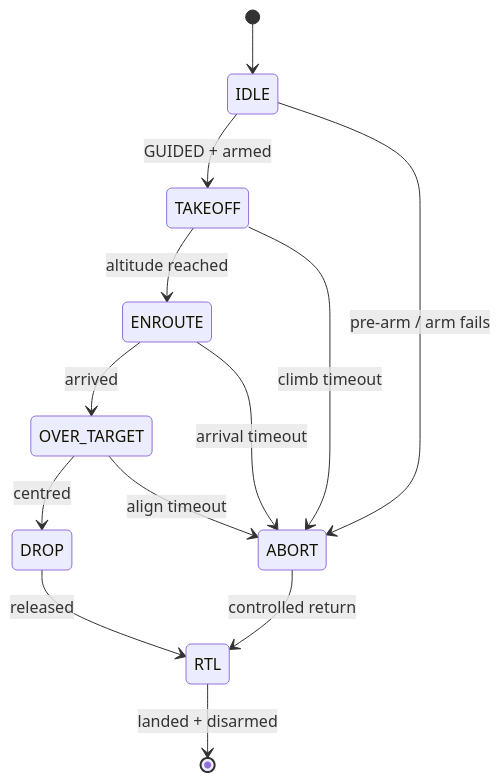
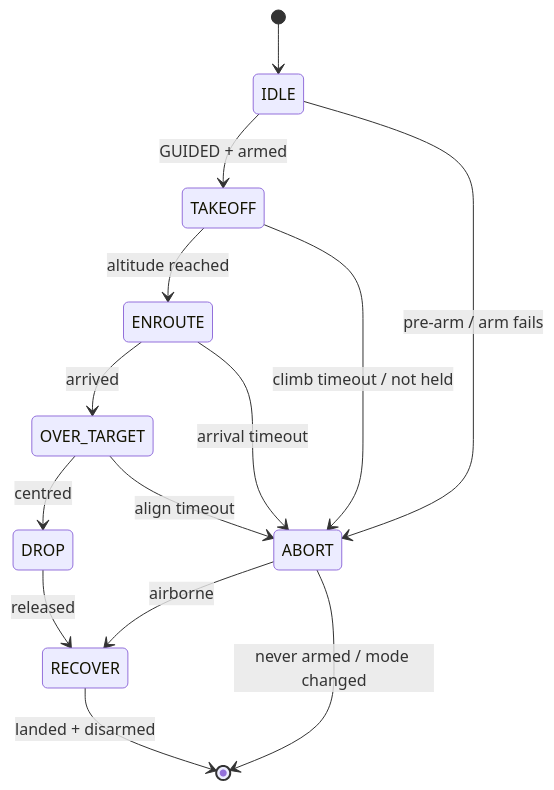
Before and after one commit to ki-drohnen-ss26/Pi-Code: the second of 5 diagrams in docs/ARCHITECTURE.md, drawn with Mermaid. The commit also changed other lines of this file and 13 other files, not shown here.

````diff
--- a/docs/ARCHITECTURE.md
+++ b/docs/ARCHITECTURE.md
@@ -95,15 +95,16 @@
 ```mermaid
 stateDiagram-v2
     [*] --> IDLE
     IDLE --> TAKEOFF: GUIDED + armed
     TAKEOFF --> ENROUTE: altitude reached
     ENROUTE --> OVER_TARGET: arrived
     OVER_TARGET --> DROP: centred
-    DROP --> RTL: released
-    RTL --> [*]: landed + disarmed
+    DROP --> RECOVER: released
+    RECOVER --> [*]: landed + disarmed
     IDLE --> ABORT: pre-arm / arm fails
-    TAKEOFF --> ABORT: climb timeout
+    TAKEOFF --> ABORT: climb timeout / not held
     ENROUTE --> ABORT: arrival timeout
     OVER_TARGET --> ABORT: align timeout
-    ABORT --> RTL: controlled return
+    ABORT --> RECOVER: airborne
+    ABORT --> [*]: never armed / mode changed
 ```
````
